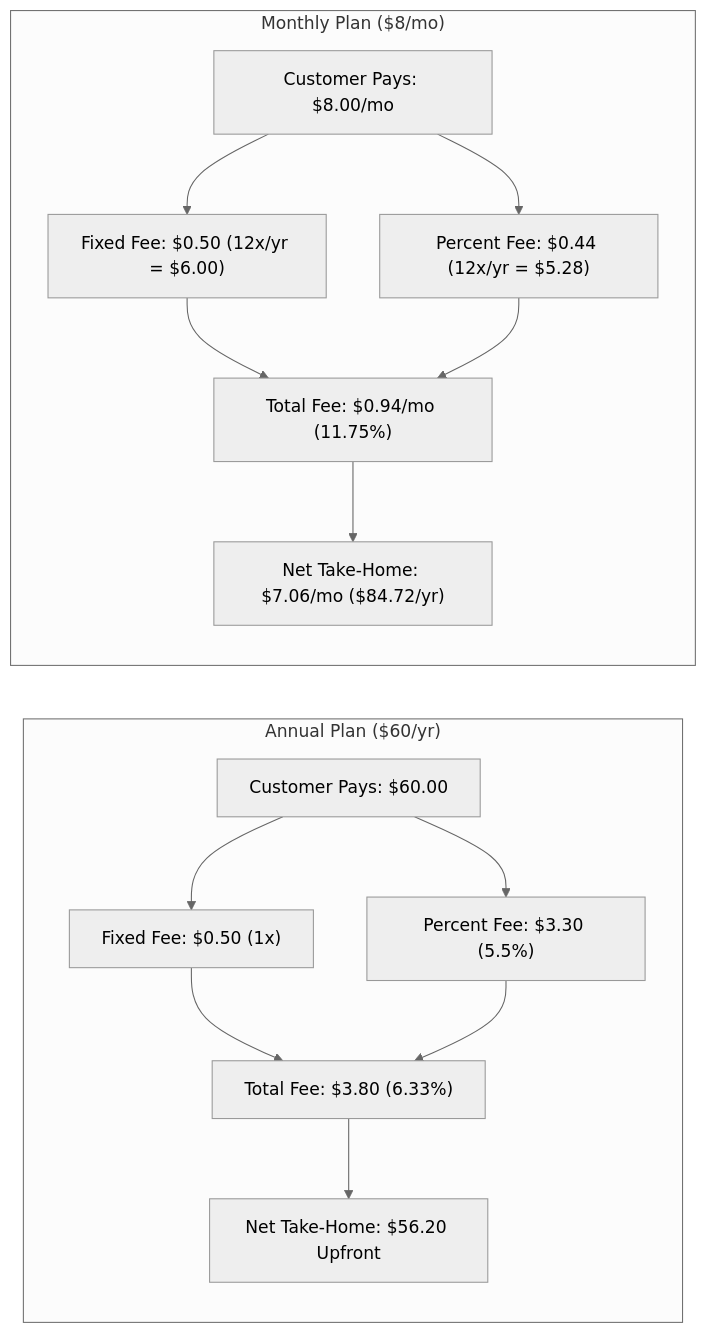
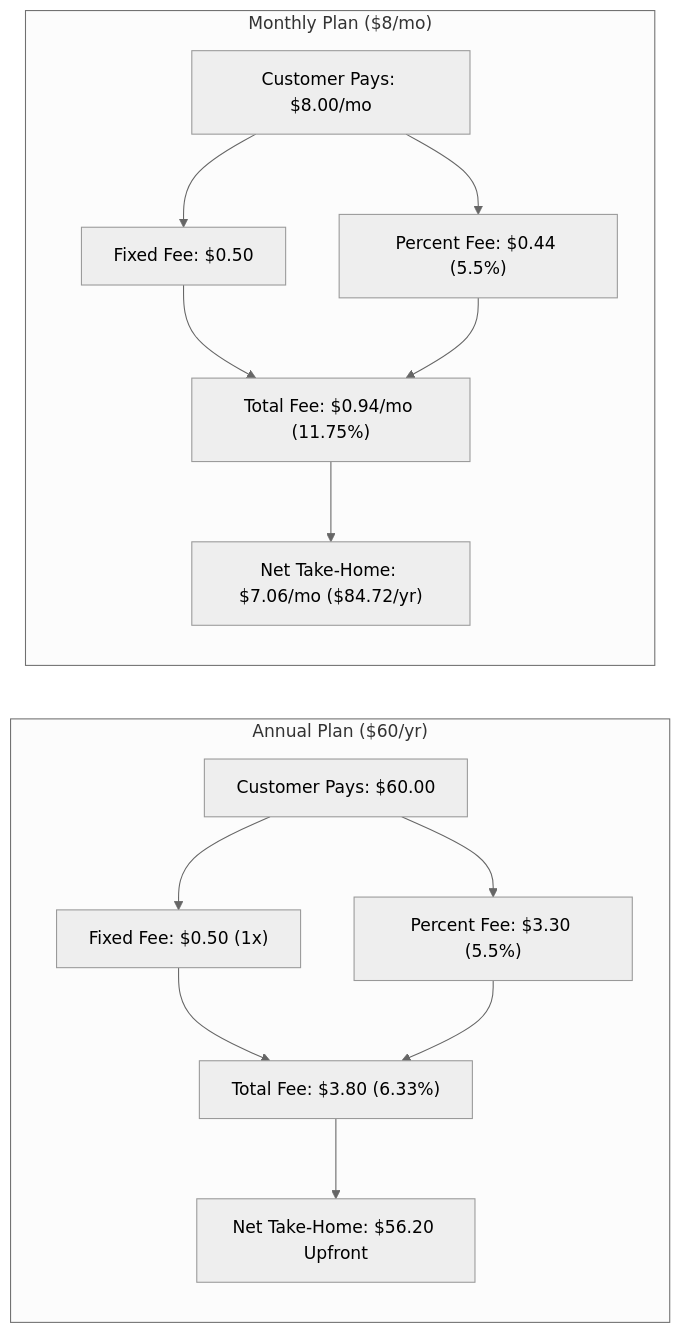
One commit to Tulloch1/Rebalance changed the diagram in docs/PRO_TIER_SPEC.md. Above: the diagram before and after it, drawn with Mermaid (neutral theme). The commit also changed other lines of this file and 2 other files, not shown here.

Commit message:
docs: synchronize architecture, context, and pro tier spec with recent features, performance optimizations, and code line length rules

````diff
--- a/docs/PRO_TIER_SPEC.md
+++ b/docs/PRO_TIER_SPEC.md
@@ -63,18 +97,18 @@
 ```mermaid
 flowchart LR
     subgraph AnnualPlan["Annual Plan ($60/yr)"]
         direction TB
         A1["Customer Pays: $60.00"] --> A2["Fixed Fee: $0.50 (1x)"]
         A1 --> A3["Percent Fee: $3.30 (5.5%)"]
         A2 & A3 --> A4["Total Fee: $3.80 (6.33%)"]
         A4 --> A5["Net Take-Home: $56.20 Upfront"]
     end
 
     subgraph MonthlyPlan["Monthly Plan ($8/mo)"]
         direction TB
-        M1["Customer Pays: $8.00/mo"] --> M2["Fixed Fee: $0.50 (12x/yr = $6.00)"]
-        M1 --> M3["Percent Fee: $0.44 (12x/yr = $5.28)"]
+        M1["Customer Pays: $8.00/mo"] --> M2["Fixed Fee: $0.50"]
+        M1 --> M3["Percent Fee: $0.44 (5.5%)"]
         M2 & M3 --> M4["Total Fee: $0.94/mo (11.75%)"]
         M4 --> M5["Net Take-Home: $7.06/mo ($84.72/yr)"]
     end
 ```
````
